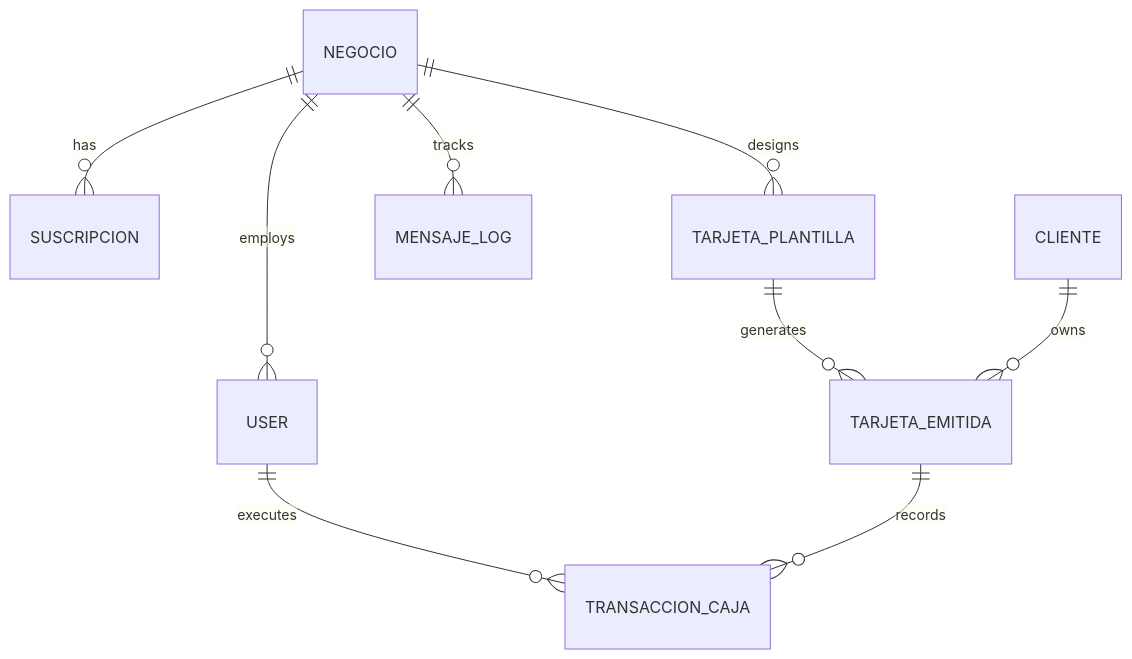
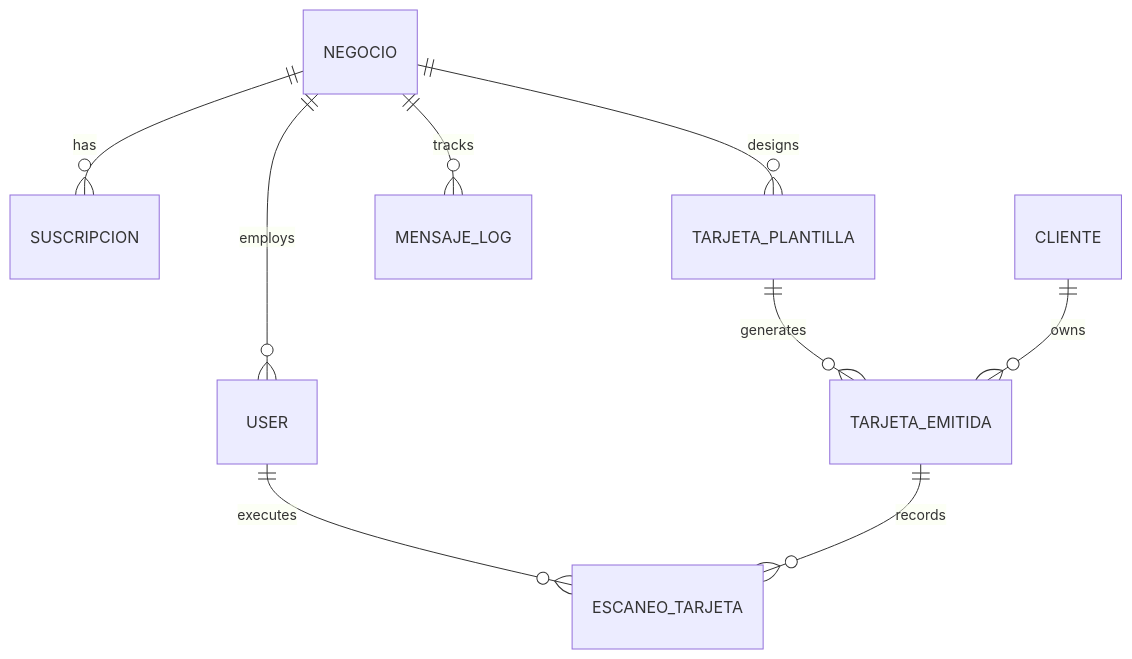
The first of 2 diagrams in README.md (Manolooo04/FitelyBack-Cala-Backend), drawn with Mermaid before and after one commit. The commit also changed other lines of this file, not shown here.

````diff
--- a/README.md
+++ b/README.md
@@ -97,11 +97,11 @@
 ```mermaid
 erDiagram
     NEGOCIO ||--o{ SUSCRIPCION : has
     NEGOCIO ||--o{ USER : employs
     NEGOCIO ||--o{ TARJETA_PLANTILLA : designs
     NEGOCIO ||--o{ MENSAJE_LOG : tracks
-    USER ||--o{ TRANSACCION_CAJA : executes
+    USER ||--o{ ESCANEO_TARJETA : executes
     TARJETA_PLANTILLA ||--o{ TARJETA_EMITIDA : generates
     CLIENTE ||--o{ TARJETA_EMITIDA : owns
-    TARJETA_EMITIDA ||--o{ TRANSACCION_CAJA : records
+    TARJETA_EMITIDA ||--o{ ESCANEO_TARJETA : records
 ```
````
